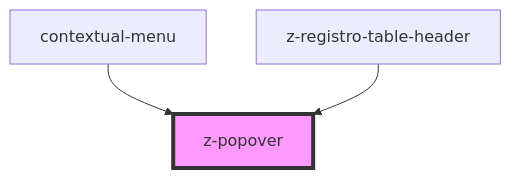
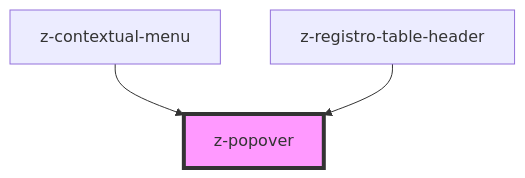
Before and after one commit to ZanichelliEditore/design-system: the diagram in src/components/z-popover/readme.md, drawn with Mermaid. The commit also changed other lines of this file and 12 other files, not shown here.

````diff
--- a/src/components/z-popover/readme.md
+++ b/src/components/z-popover/readme.md
@@ -28,6 +28,6 @@
 ```mermaid
 graph TD;
-  contextual-menu --> z-popover
+  z-contextual-menu --> z-popover
   z-registro-table-header --> z-popover
   style z-popover fill:#f9f,stroke:#333,stroke-width:4px
 ```
````
